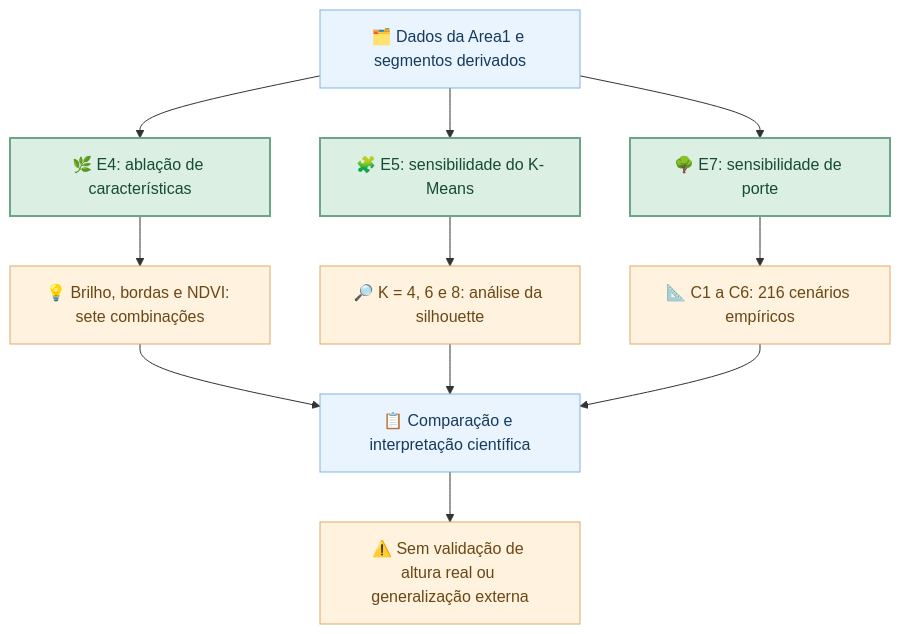
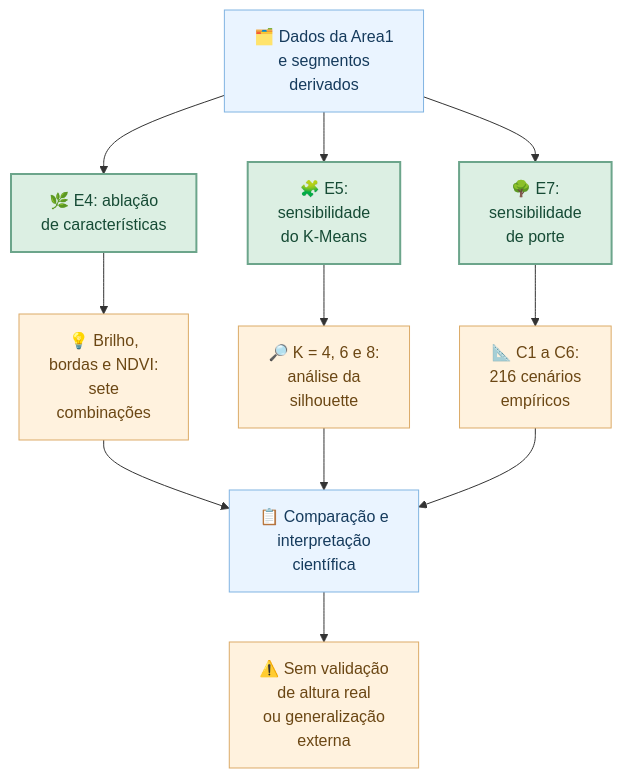
The fourth of 5 diagrams in README.md (BrenoBragaGalvao/mestrado-arvores-urbanas), drawn with Mermaid before and after one commit. The commit also changed other lines of this file, not shown here.

Commit message:
fix(readme): quebrar labels de todos os fluxogramas Mermaid para evitar texto cortado

````diff
--- a/README.md
+++ b/README.md
@@ -350,21 +350,21 @@
 ```mermaid
 flowchart TD
-    A["🗂️ Dados da Area1 e segmentos derivados"]
-    A --> B["🌿 E4: ablação de características"]
-    A --> C["🧩 E5: sensibilidade do K-Means"]
-    A --> D["🌳 E7: sensibilidade de porte"]
-    B --> E["💡 Brilho, bordas e NDVI: sete combinações"]
-    C --> F["🔎 K = 4, 6 e 8: análise da silhouette"]
-    D --> G["📐 C1 a C6: 216 cenários empíricos"]
-    E --> H["📋 Comparação e interpretação científica"]
+    A["🗂️ Dados da Area1<br/>e segmentos<br/>derivados"]
+    A --> B["🌿 E4: ablação<br/>de características"]
+    A --> C["🧩 E5:<br/>sensibilidade<br/>do K-Means"]
+    A --> D["🌳 E7:<br/>sensibilidade<br/>de porte"]
+    B --> E["💡 Brilho,<br/>bordas e NDVI:<br/>sete<br/>combinações"]
+    C --> F["🔎 K = 4, 6 e 8:<br/>análise da<br/>silhouette"]
+    D --> G["📐 C1 a C6:<br/>216 cenários<br/>empíricos"]
+    E --> H["📋 Comparação e<br/>interpretação<br/>científica"]
     F --> H
     G --> H
-    H --> I["⚠️ Sem validação de altura real ou generalização externa"]
+    H --> I["⚠️ Sem validação<br/>de altura real<br/>ou generalização<br/>externa"]
 
     classDef entrada fill:#eaf4ff,stroke:#80b4e2,color:#163b5d,stroke-width:1px;
     classDef experimento fill:#dcefe3,stroke:#6ca58b,color:#164b35,stroke-width:2px;
     classDef parametro fill:#fff2de,stroke:#dcab68,color:#6b4714,stroke-width:1px;
     class A,H entrada;
     class B,C,D experimento;
     class E,F,G,I parametro;
 ```
````
